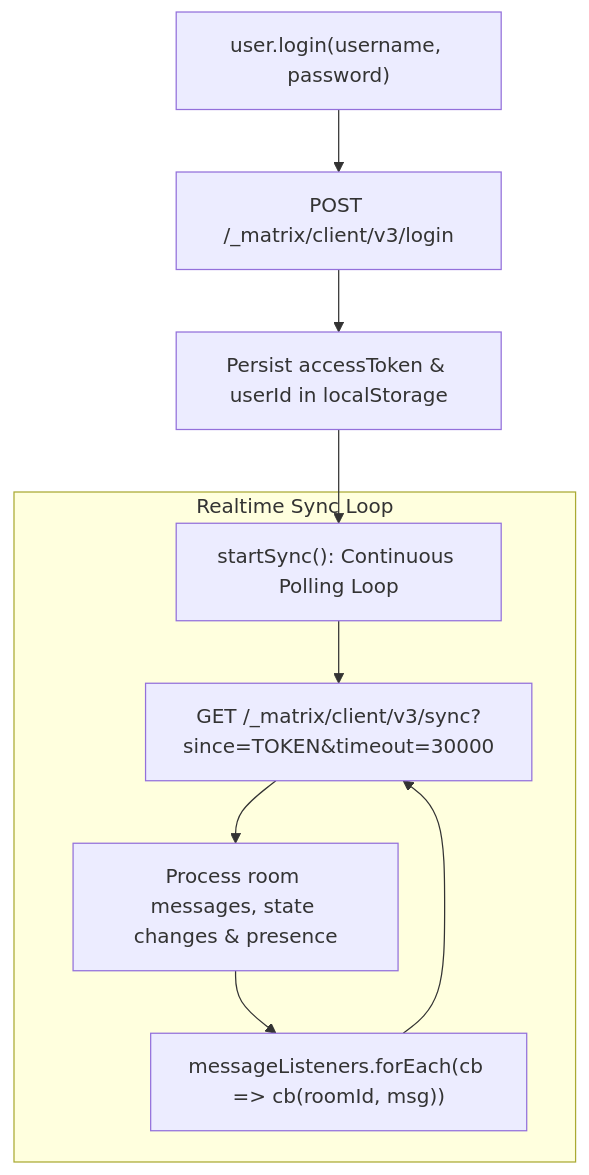
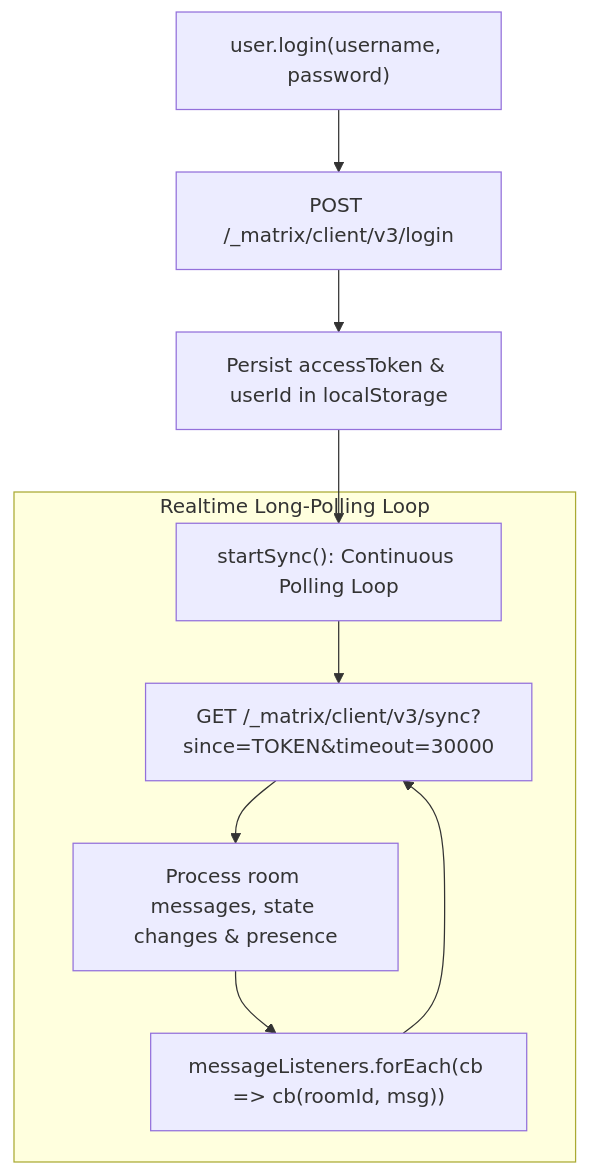
The diagram in docs/code/protutechchat/matrix-ts.md (IAndrexI/documentation), drawn with Mermaid before and after one commit. The commit also changed other lines of this file and 40 other files, not shown here.

Commit message:
feat: hide git stars/branches, collapse subcategories until tab selected, add high-res architecture SVG, auto-update script, basic monochrome glyphs, and line-by-line recreation blueprints with summaries

````diff
--- a/docs/code/protutechchat/matrix-ts.md
+++ b/docs/code/protutechchat/matrix-ts.md
@@ -24,13 +32,13 @@
-```mermaid
-graph TD
-    UserLogin["user.login(username, password)"] --> AuthPost["POST /_matrix/client/v3/login"]
-    AuthPost --> SaveToken["Persist accessToken & userId in localStorage"]
-    SaveToken --> StartSync["startSync(): Continuous Polling Loop"]
+    ```mermaid
+    graph TD
+        UserLogin["user.login(username, password)"] --> AuthPost["POST /_matrix/client/v3/login"]
+        AuthPost --> SaveToken["Persist accessToken & userId in localStorage"]
+        SaveToken --> StartSync["startSync(): Continuous Polling Loop"]
 
-    subgraph SyncLoop["Realtime Sync Loop"]
-        StartSync --> SyncFetch["GET /_matrix/client/v3/sync?since=TOKEN&timeout=30000"]
-        SyncFetch --> ProcessEvents["Process room messages, state changes & presence"]
-        ProcessEvents --> NotifySubscribers["messageListeners.forEach(cb => cb(roomId, msg))"]
-        NotifySubscribers --> SyncFetch
-    end
-```
+        subgraph SyncLoop["Realtime Long-Polling Loop"]
+            StartSync --> SyncFetch["GET /_matrix/client/v3/sync?since=TOKEN&timeout=30000"]
+            SyncFetch --> ProcessEvents["Process room messages, state changes & presence"]
+            ProcessEvents --> NotifySubscribers["messageListeners.forEach(cb => cb(roomId, msg))"]
+            NotifySubscribers --> SyncFetch
+        end
+    ```
````
